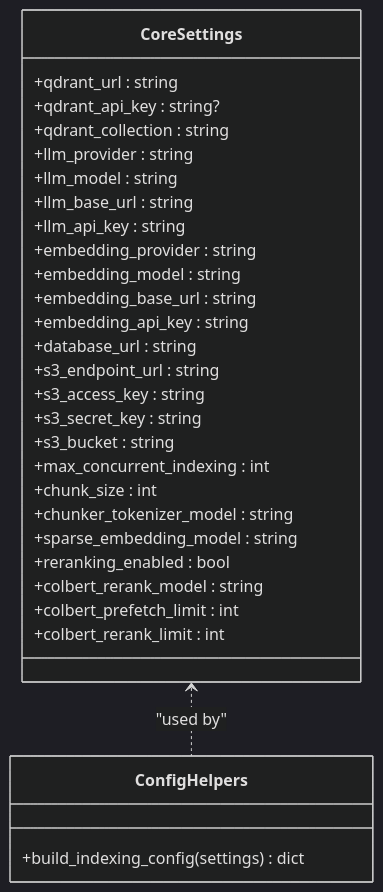
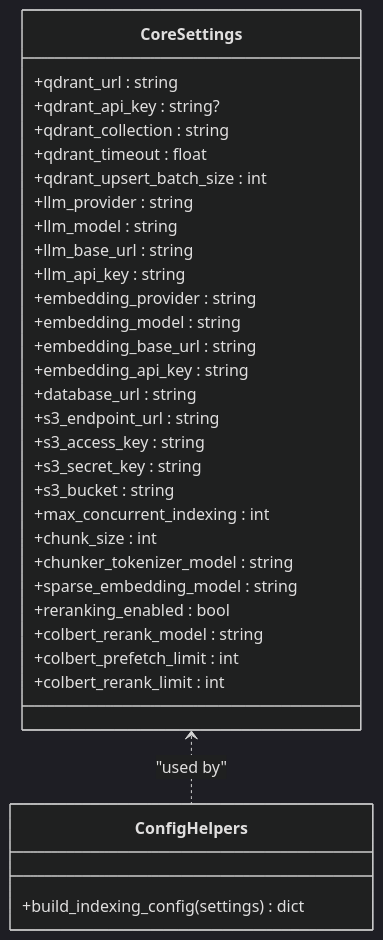
One commit to ognelis/cafetera_hr_bot changed the sixth of 13 diagrams in .qoder/repowiki/en/content/Document Management System.md. Above: the diagram before and after it, drawn with Mermaid (dark theme). The commit also changed other lines of this file and 2 other files, not shown here.

Commit message:
CAFETERA-57 Improved qdrant index

````diff
--- a/.qoder/repowiki/en/content/Document Management System.md
+++ b/.qoder/repowiki/en/content/Document Management System.md
@@ -218,33 +248,35 @@
 ```mermaid
 classDiagram
 class CoreSettings {
 +qdrant_url : string
 +qdrant_api_key : string?
 +qdrant_collection : string
++qdrant_timeout : float
++qdrant_upsert_batch_size : int
 +llm_provider : string
 +llm_model : string
 +llm_base_url : string
 +llm_api_key : string
 +embedding_provider : string
 +embedding_model : string
 +embedding_base_url : string
 +embedding_api_key : string
 +database_url : string
 +s3_endpoint_url : string
 +s3_access_key : string
 +s3_secret_key : string
 +s3_bucket : string
 +max_concurrent_indexing : int
 +chunk_size : int
 +chunker_tokenizer_model : string
 +sparse_embedding_model : string
 +reranking_enabled : bool
 +colbert_rerank_model : string
 +colbert_prefetch_limit : int
 +colbert_rerank_limit : int
 }
 class ConfigHelpers {
 +build_indexing_config(settings) dict
 }
 CoreSettings <.. ConfigHelpers : "used by"
 ```
````
